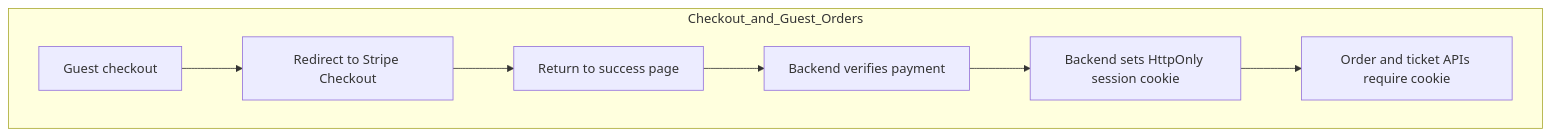
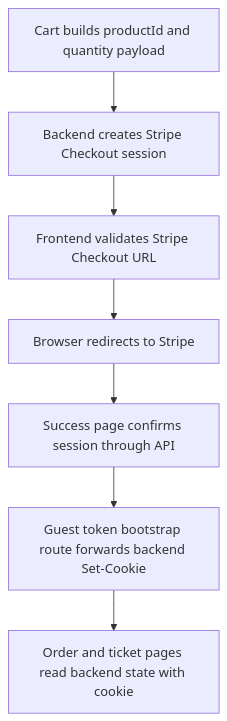
Before and after one commit to LouisDev314/popbox-studio-next: the second of 4 diagrams in README.md, drawn with Mermaid. The commit also changed other lines of this file, not shown here.

````diff
--- a/README.md
+++ b/README.md
@@ -126,11 +111,9 @@
 ```mermaid
 flowchart TD
-
-    subgraph Checkout_and_Guest_Orders
-        A[Guest checkout] --> B[Redirect to Stripe Checkout]
-        B --> C[Return to success page]
-        C --> D[Backend verifies payment]
-        D --> E[Backend sets HttpOnly session cookie]
-        E --> F[Order and ticket APIs require cookie]
-    end
+    A[Cart builds productId and quantity payload] --> B[Backend creates Stripe Checkout session]
+    B --> C[Frontend validates Stripe Checkout URL]
+    C --> D[Browser redirects to Stripe]
+    D --> E[Success page confirms session through API]
+    E --> F[Guest token bootstrap route forwards backend Set-Cookie]
+    F --> G[Order and ticket pages read backend state with cookie]
 ```
````
